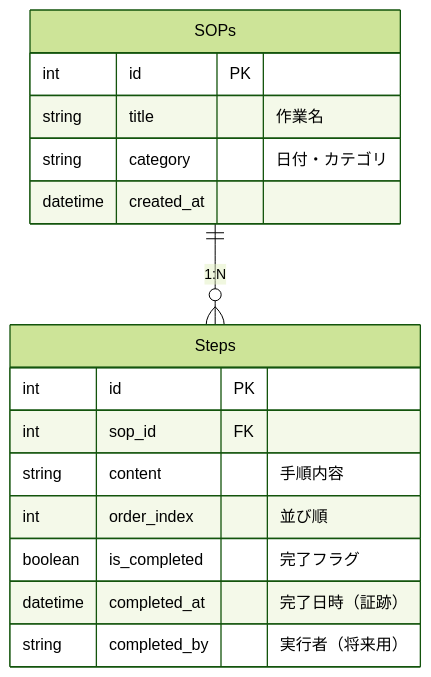
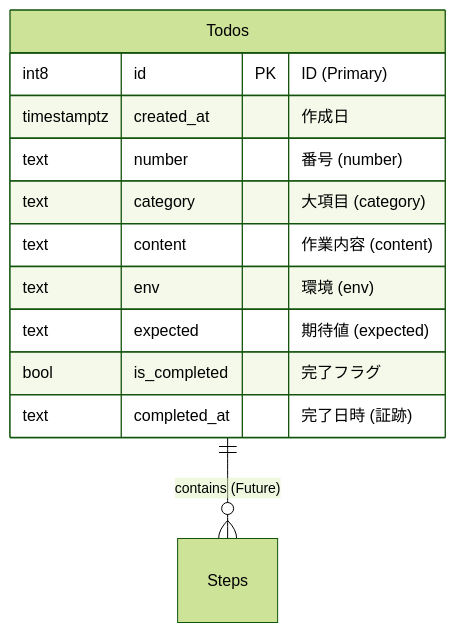
One commit to Everybodyhappyok4416/standard-operating-procedures changed the second of 2 diagrams in README.md. Above: the diagram before and after it, drawn with Mermaid (forest theme). The commit also changed other lines of this file, not shown here.

Commit message:
docs: update README and project structure

````diff
--- a/README.md
+++ b/README.md
@@ -54,19 +53,15 @@
 ```mermaid
 erDiagram
-    SOPs ||--o{ Steps : "1:N"
-    SOPs {
-        int id PK
-        string title "作業名"
-        string category "日付・カテゴリ"
-        datetime created_at
-    }
-    Steps {
-        int id PK
-        int sop_id FK
-        string content "手順内容"
-        int order_index "並び順"
-        boolean is_completed "完了フラグ"
-        datetime completed_at "完了日時（証跡）"
-        string completed_by "実行者（将来用）"
+    Todos ||--o{ Steps : "contains (Future)"
+    Todos {
+        int8 id PK "ID (Primary)"
+        timestamptz created_at "作成日"
+        text number "番号 (number)"
+        text category "大項目 (category)"
+        text content "作業内容 (content)"
+        text env "環境 (env)"
+        text expected "期待値 (expected)"
+        bool is_completed "完了フラグ"
+        text completed_at "完了日時 (証跡)"
     }
 ```
````
